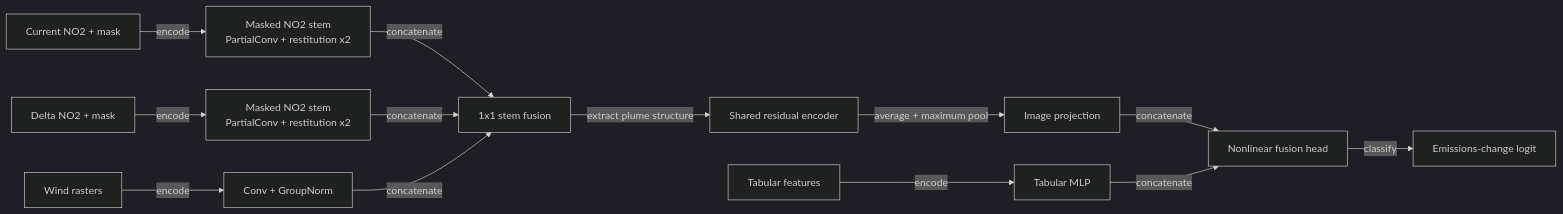
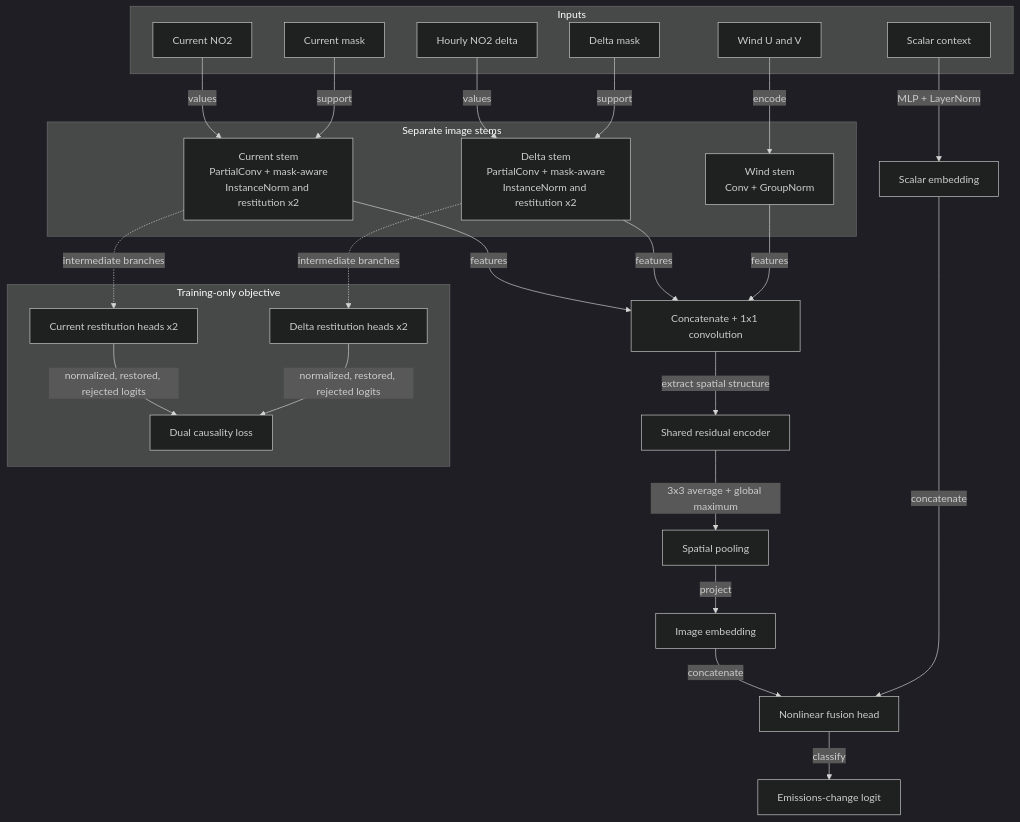
The diagram in docs/modeling.md (pranav-walimbe/no2-modeling), drawn with Mermaid (dark theme) before and after one commit. The commit also changed other lines of this file and 4 other files, not shown here.

````diff
--- a/docs/modeling.md
+++ b/docs/modeling.md
@@ -123,15 +133,46 @@
 ```mermaid
-flowchart LR
-    Current[Current NO2 + mask] -->|encode| CurrentStem[Masked NO2 stem<br/>PartialConv + restitution x2]
-    Delta[Delta NO2 + mask] -->|encode| DeltaStem[Masked NO2 stem<br/>PartialConv + restitution x2]
-    Wind[Wind rasters] -->|encode| WindStem[Conv + GroupNorm]
-    CurrentStem -->|concatenate| StemFusion[1x1 stem fusion]
-    DeltaStem -->|concatenate| StemFusion
-    WindStem -->|concatenate| StemFusion
-    StemFusion -->|extract plume structure| Encoder[Shared residual encoder]
-    Encoder -->|average + maximum pool| ImageProjection[Image projection]
-    Tabular[Tabular features] -->|encode| TabularProjection[Tabular MLP]
+flowchart TB
+    subgraph Inputs
+        Current[Current NO2]
+        CurrentMask[Current mask]
+        Delta[Hourly NO2 delta]
+        DeltaMask[Delta mask]
+        Wind[Wind U and V]
+        Tabular[Scalar context]
+    end
+
+    subgraph Stems[Separate image stems]
+        CurrentStem[Current stem<br/>PartialConv + mask-aware<br/>InstanceNorm and restitution x2]
+        DeltaStem[Delta stem<br/>PartialConv + mask-aware<br/>InstanceNorm and restitution x2]
+        WindStem[Wind stem<br/>Conv + GroupNorm]
+    end
+
+    Current -->|values| CurrentStem
+    CurrentMask -->|support| CurrentStem
+    Delta -->|values| DeltaStem
+    DeltaMask -->|support| DeltaStem
+    Wind -->|encode| WindStem
+
+    CurrentStem -->|features| StemFusion[Concatenate + 1x1 convolution]
+    DeltaStem -->|features| StemFusion
+    WindStem -->|features| StemFusion
+
+    StemFusion -->|extract spatial structure| Encoder[Shared residual encoder]
+    Encoder -->|3x3 average + global maximum| Pool[Spatial pooling]
+    Pool -->|project| ImageProjection[Image embedding]
+    Tabular -->|MLP + LayerNorm| TabularProjection[Scalar embedding]
     ImageProjection -->|concatenate| FusionHead[Nonlinear fusion head]
     TabularProjection -->|concatenate| FusionHead
     FusionHead -->|classify| Logit[Emissions-change logit]
+
+    subgraph TrainingOnly[Training-only objective]
+        CurrentAux[Current restitution heads x2]
+        DeltaAux[Delta restitution heads x2]
+        DualLoss[Dual causality loss]
+        CurrentAux -->|normalized, restored, rejected logits| DualLoss
+        DeltaAux -->|normalized, restored, rejected logits| DualLoss
+    end
+
+    CurrentStem -.->|intermediate branches| CurrentAux
+    DeltaStem -.->|intermediate branches| DeltaAux
 ```
````
